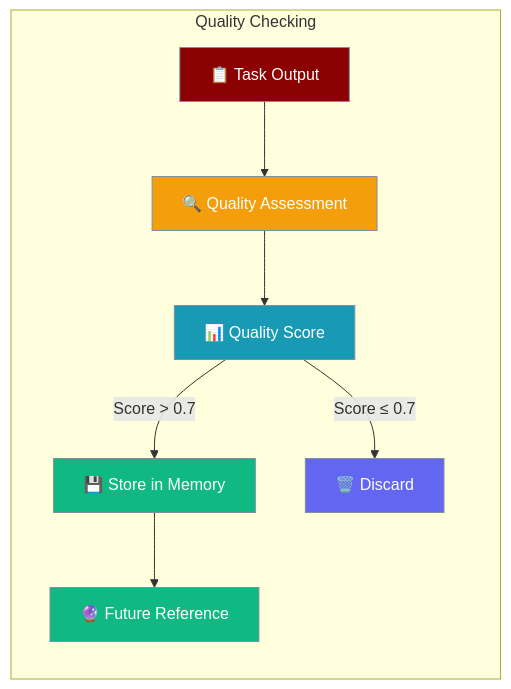
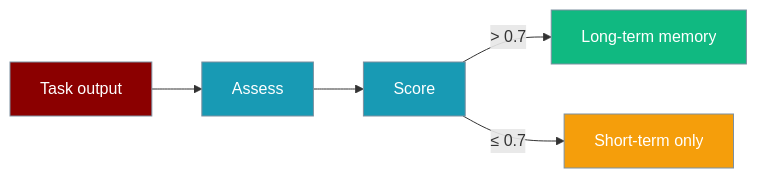
The diagram in docs/features/quality-checking.mdx (MervinPraison/PraisonAIDocs), drawn with Mermaid before and after one commit. The commit also changed other lines of this file and 4 other files, not shown here.

````diff
--- a/docs/features/quality-checking.mdx
+++ b/docs/features/quality-checking.mdx
@@ -9,22 +29,17 @@
 ```mermaid
 graph LR
-    subgraph "Quality Checking"
-        Task[📋 Task Output] --> Assess[🔍 Quality Assessment]
-        Assess --> Score[📊 Quality Score]
-        Score -->|Score > 0.7| Store[💾 Store in Memory]
-        Score -->|Score ≤ 0.7| Discard[🗑️ Discard]
-        Store --> Future[🔮 Future Reference]
-    end
+    T[Task output] --> A[Assess]
+    A --> S[Score]
+    S -->|"> 0.7"| M[Long-term memory]
+    S -->|"≤ 0.7"| X[Short-term only]
 
     classDef task fill:#8B0000,stroke:#7C90A0,color:#fff
-    classDef process fill:#F59E0B,stroke:#7C90A0,color:#fff
-    classDef score fill:#189AB4,stroke:#7C90A0,color:#fff
-    classDef success fill:#10B981,stroke:#7C90A0,color:#fff
-    classDef skip fill:#6366F1,stroke:#7C90A0,color:#fff
+    classDef process fill:#189AB4,stroke:#7C90A0,color:#fff
+    classDef ok fill:#10B981,stroke:#7C90A0,color:#fff
+    classDef skip fill:#F59E0B,stroke:#7C90A0,color:#fff
 
-    class Task task
-    class Assess process
-    class Score score
-    class Store,Future success
-    class Discard skip
+    class T task
+    class A,S process
+    class M ok
+    class X skip
 ```
````
